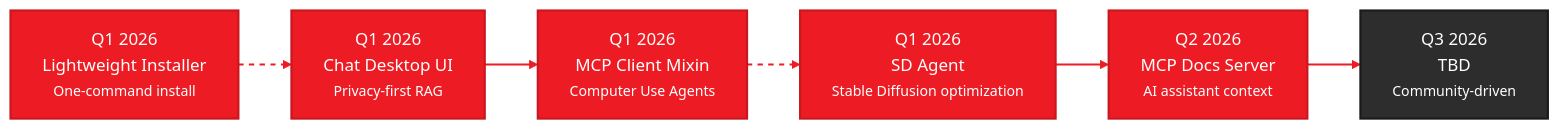
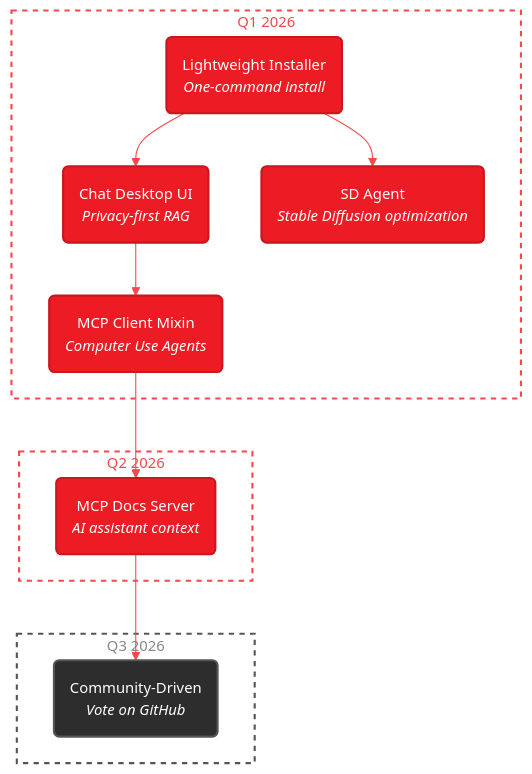
The diagram in docs/roadmap.mdx (amd/gaia), drawn with Mermaid before and after one commit. The commit also changed 8 other files, not shown here.

First line of the commit message:
Update SD Agent plan with simplified architecture and gallery mockup

````diff
--- a/docs/roadmap.mdx
+++ b/docs/roadmap.mdx
@@ -28,29 +28,35 @@
 ```mermaid
-%%{init: {'theme':'base', 'themeVariables': { 'primaryColor':'#ED1C24', 'primaryTextColor':'#fff', 'primaryBorderColor':'#C8171E', 'lineColor':'#F4484D', 'secondaryColor':'#2d2d2d', 'tertiaryColor':'#f5f5f5', 'fontSize':'16px', 'fontFamily': 'system-ui, -apple-system, sans-serif'}}}%%
-graph LR
-    Q1["Q1 2026<br/>Lightweight Installer<br/><small>One-command install</small>"]
-    Q1B["Q1 2026<br/>Chat Desktop UI<br/><small>Privacy-first RAG</small>"]
-    Q1C["Q1 2026<br/>MCP Client Mixin<br/><small>Computer Use Agents</small>"]
-    Q1D["Q1 2026<br/>SD Agent<br/><small>Stable Diffusion optimization</small>"]
-    Q2["Q2 2026<br/>MCP Docs Server<br/><small>AI assistant context</small>"]
-    Q3["Q3 2026<br/>TBD<br/><small>Community-driven</small>"]
+%%{init: {'theme':'base', 'themeVariables': { 'primaryColor':'#ED1C24', 'primaryTextColor':'#fff', 'primaryBorderColor':'#C8171E', 'lineColor':'#F4484D', 'secondaryColor':'#2d2d2d', 'tertiaryColor':'#f5f5f5', 'fontSize':'14px', 'fontFamily': 'system-ui, -apple-system, sans-serif'}}}%%
+graph TD
+    subgraph Q1["Q1 2026"]
+        A("Lightweight Installer<br/><i>One-command install</i>")
+        B("Chat Desktop UI<br/><i>Privacy-first RAG</i>")
+        C("MCP Client Mixin<br/><i>Computer Use Agents</i>")
+        D("SD Agent<br/><i>Stable Diffusion optimization</i>")
+    end
 
-    Q1 -.-> Q1B
-    Q1B --> Q1C
-    Q1C -.-> Q1D
-    Q1D --> Q2
-    Q2 --> Q3
+    subgraph Q2["Q2 2026"]
+        E("MCP Docs Server<br/><i>AI assistant context</i>")
+    end
 
-    style Q1 fill:#ED1C24,stroke:#C8171E,stroke-width:2px,color:#fff
-    style Q1B fill:#ED1C24,stroke:#C8171E,stroke-width:2px,color:#fff
-    style Q1C fill:#ED1C24,stroke:#C8171E,stroke-width:2px,color:#fff
-    style Q1D fill:#ED1C24,stroke:#C8171E,stroke-width:2px,color:#fff
-    style Q2 fill:#ED1C24,stroke:#C8171E,stroke-width:2px,color:#fff
-    style Q3 fill:#2d2d2d,stroke:#1a1a1a,stroke-width:2px,color:#fff
+    subgraph Q3["Q3 2026"]
+        F("Community-Driven<br/><i>Vote on GitHub</i>")
+    end
 
-    linkStyle 0 stroke:#ED1C24,stroke-width:2px,stroke-dasharray: 5 5
-    linkStyle 1 stroke:#ED1C24,stroke-width:2px
-    linkStyle 2 stroke:#ED1C24,stroke-width:2px,stroke-dasharray: 5 5
-    linkStyle 3 stroke:#ED1C24,stroke-width:2px
-    linkStyle 4 stroke:#ED1C24,stroke-width:2px
+    A --> B
+    A --> D
+    B --> C
+    C --> E
+    E --> F
+
+    style A fill:#ED1C24,stroke:#C8171E,stroke-width:2px,color:#fff
+    style B fill:#ED1C24,stroke:#C8171E,stroke-width:2px,color:#fff
+    style C fill:#ED1C24,stroke:#C8171E,stroke-width:2px,color:#fff
+    style D fill:#ED1C24,stroke:#C8171E,stroke-width:2px,color:#fff
+    style E fill:#ED1C24,stroke:#C8171E,stroke-width:2px,color:#fff
+    style F fill:#2d2d2d,stroke:#555,stroke-width:2px,color:#fff
+
+    style Q1 fill:transparent,stroke:#F4484D,stroke-width:2px,stroke-dasharray: 5 5,color:#F4484D
+    style Q2 fill:transparent,stroke:#F4484D,stroke-width:2px,stroke-dasharray: 5 5,color:#F4484D
+    style Q3 fill:transparent,stroke:#555,stroke-width:2px,stroke-dasharray: 5 5,color:#888
 ```
````
